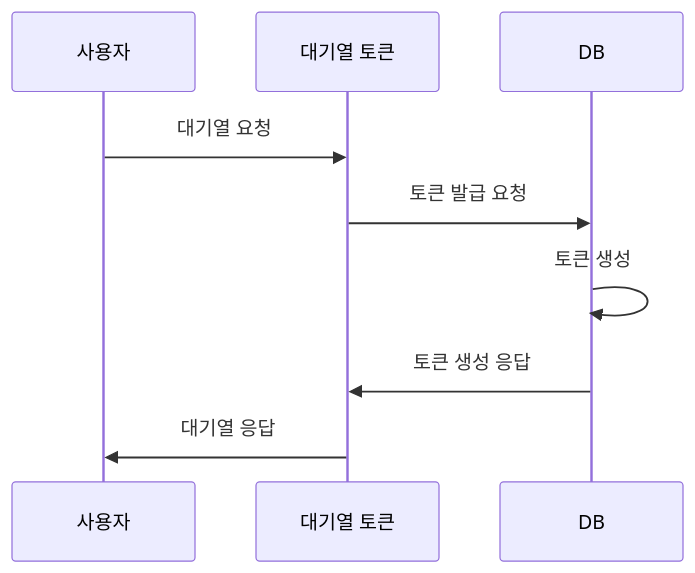
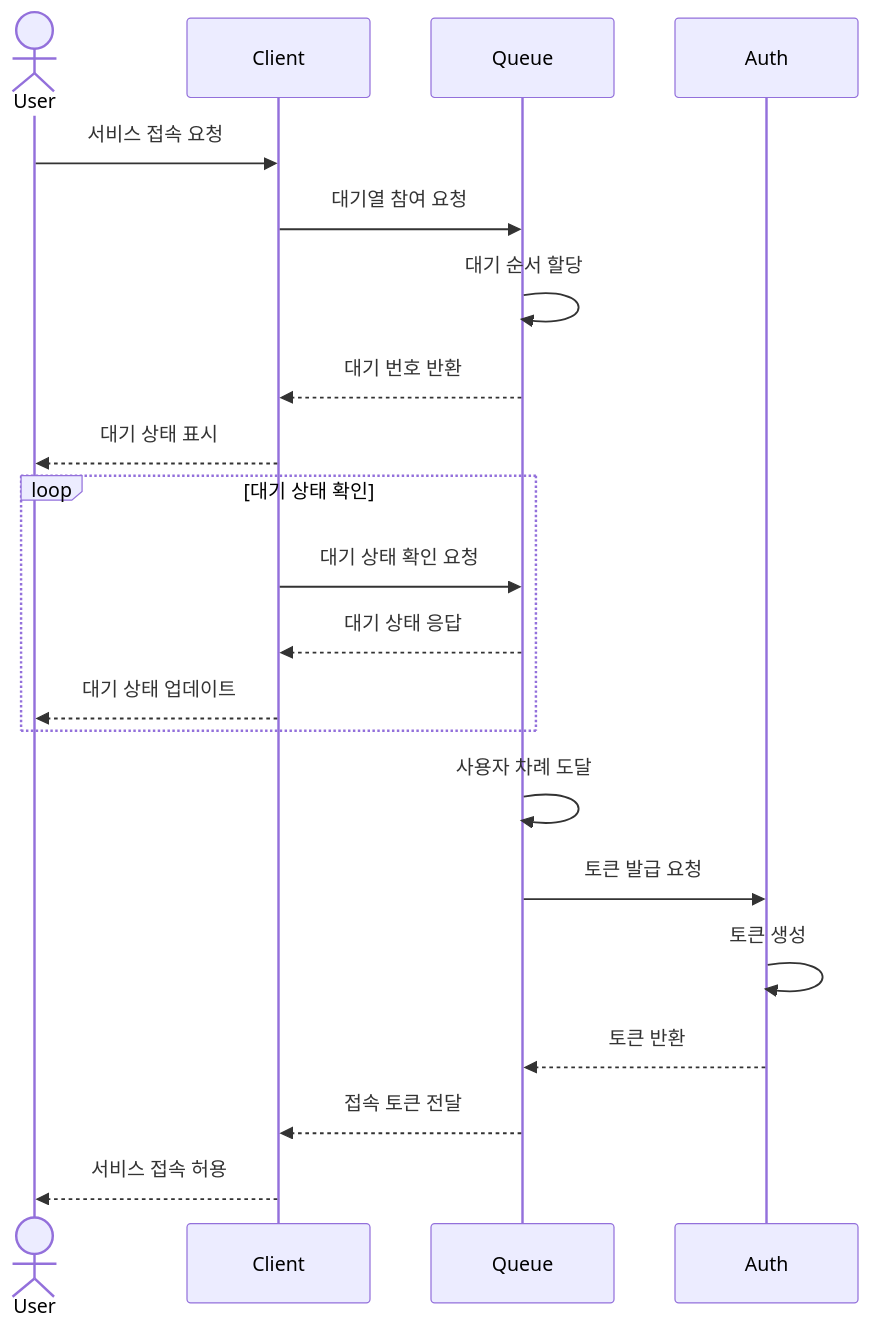
The first of 6 diagrams in README.md (hijing/hhplus-concert), drawn with Mermaid before and after one commit.

````diff
--- a/README.md
+++ b/README.md
@@ -26,8 +26,22 @@
 ```mermaid
 sequenceDiagram
-    사용자 ->> 대기열 토큰 : 대기열 요청
-    대기열 토큰 ->> DB : 토큰 발급 요청
-    DB ->> DB : 토큰 생성
-    DB ->> 대기열 토큰 : 토큰 생성 응답
-    대기열 토큰 ->> 사용자 : 대기열 응답
+    actor User
+    User ->> Client: 서비스 접속 요청
+    Client ->> Queue: 대기열 참여 요청
+    Queue ->> Queue: 대기 순서 할당
+    Queue -->> Client: 대기 번호 반환
+    Client -->> User: 대기 상태 표시
+    
+    loop 대기 상태 확인
+    Client ->> Queue: 대기 상태 확인 요청
+    Queue -->> Client: 대기 상태 응답
+    Client -->> User: 대기 상태 업데이트
+    end
+    
+    Queue ->> Queue: 사용자 차례 도달
+    Queue ->> Auth: 토큰 발급 요청
+    Auth ->> Auth: 토큰 생성
+    Auth -->> Queue: 토큰 반환
+    Queue -->> Client: 접속 토큰 전달
+    Client -->> User: 서비스 접속 허용
 ```
````
